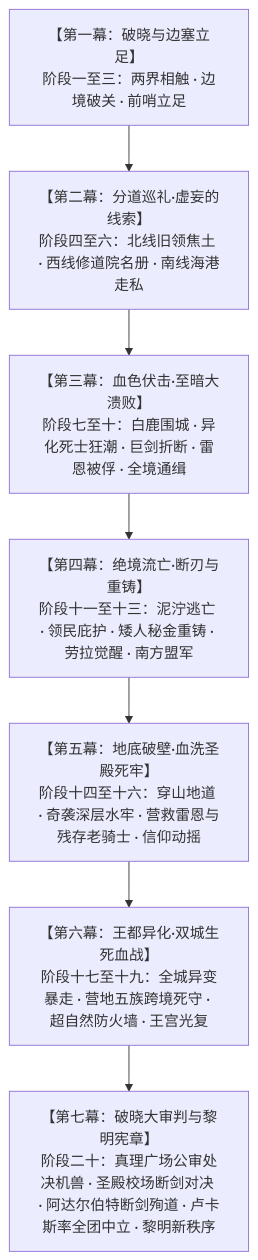
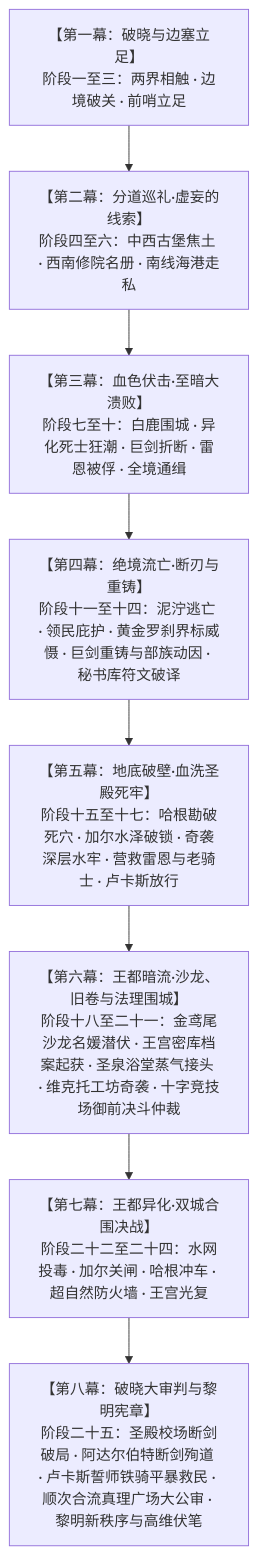
The diagram in 方案/第二部/写作指导/第二部章节规划与扩写方案.md (soranokiseki1437/eldoria-worldbook), drawn with Mermaid before and after one commit. The commit also changed other lines of this file and 29 other files, not shown here.

````diff
--- a/方案/第二部/写作指导/第二部章节规划与扩写方案.md
+++ b/方案/第二部/写作指导/第二部章节规划与扩写方案.md
@@ -16,12 +16,13 @@
 ```mermaid
 graph TD
     M1["【第一幕：破晓与边塞立足】<br/>阶段一至三：两界相触 · 边境破关 · 前哨立足"]
-    M2["【第二幕：分道巡礼·虚妄的线索】<br/>阶段四至六：北线旧领焦土 · 西线修道院名册 · 南线海港走私"]
+    M2["【第二幕：分道巡礼·虚妄的线索】<br/>阶段四至六：中西古堡焦土 · 西南修院名册 · 南线海港走私"]
     M3["【第三幕：血色伏击·至暗大溃败】<br/>阶段七至十：白鹿围城 · 异化死士狂潮 · 巨剑折断 · 雷恩被俘 · 全境通缉"]
-    M4["【第四幕：绝境流亡·断刃与重铸】<br/>阶段十一至十三：泥泞逃亡 · 领民庇护 · 矮人秘金重铸 · 劳拉觉醒 · 南方盟军"]
-    M5["【第五幕：地底破壁·血洗圣殿死牢】<br/>阶段十四至十六：穿山地道 · 奇袭深层水牢 · 营救雷恩与残存老骑士 · 信仰动摇"]
-    M6["【第六幕：王都异化·双城生死血战】<br/>阶段十七至十九：全城异变暴走 · 营地五族跨境死守 · 超自然防火墙 · 王宫光复"]
-    M7["【第七幕：破晓大审判与黎明宪章】<br/>阶段二十：真理广场公审处决机兽 · 圣殿校场断剑对决 · 阿达尔伯特断剑殉道 · 卢卡斯率全团中立 · 黎明新秩序"]
+    M4["【第四幕：绝境流亡·断刃与重铸】<br/>阶段十一至十四：泥泞逃亡 · 领民庇护 · 黄金罗刹界标威慑 · 巨剑重铸与部族动因 · 秘书库符文破译"]
+    M5["【第五幕：地底破壁·血洗圣殿死牢】<br/>阶段十五至十七：哈根勘破死穴 · 加尔水泽破锁 · 奇袭深层水牢 · 营救雷恩与老骑士 · 卢卡斯放行"]
+    M6["【第六幕：王都暗流·沙龙、旧卷与法理围城】<br/>阶段十八至二十一：金鸢尾沙龙名媛潜伏 · 王宫密库档案起获 · 圣泉浴堂蒸气接头 · 维克托工坊奇袭 · 十字竞技场御前决斗仲裁"]
+    M7["【第七幕：王都异化·双城合围决战】<br/>阶段二十二至二十四：水网投毒 · 加尔关闸 · 哈根冲车 · 超自然防火墙 · 王宫光复"]
+    M8["【第八幕：破晓大审判与黎明宪章】<br/>阶段二十五：圣殿校场断剑破局 · 阿达尔伯特断剑殉道 · 卢卡斯誓师铁骑平暴救民 · 顺次合流真理广场大公审 · 黎明新秩序与高维伏笔"]
 
-    M1 --> M2 --> M3 --> M4 --> M5 --> M6 --> M7
+    M1 --> M2 --> M3 --> M4 --> M5 --> M6 --> M7 --> M8
 ```
````
